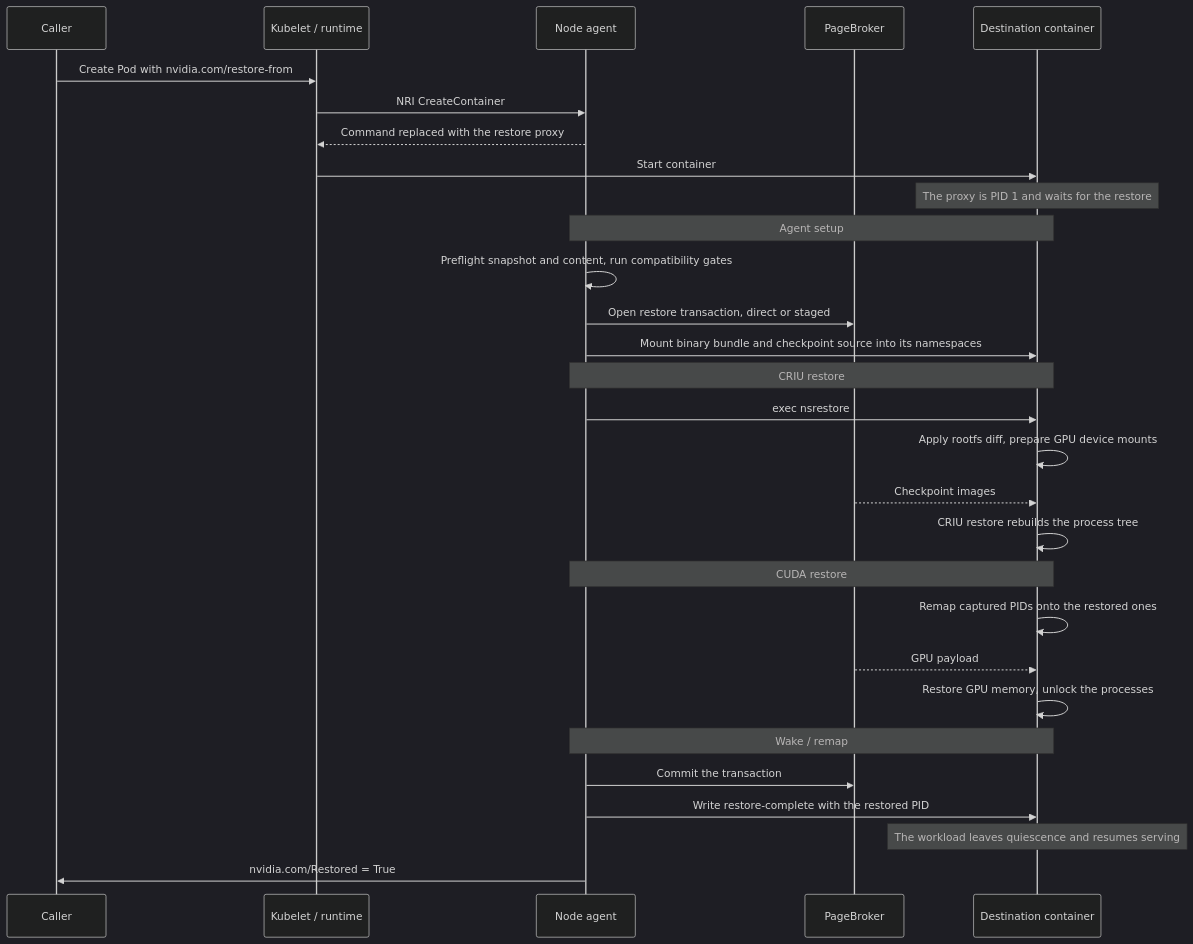
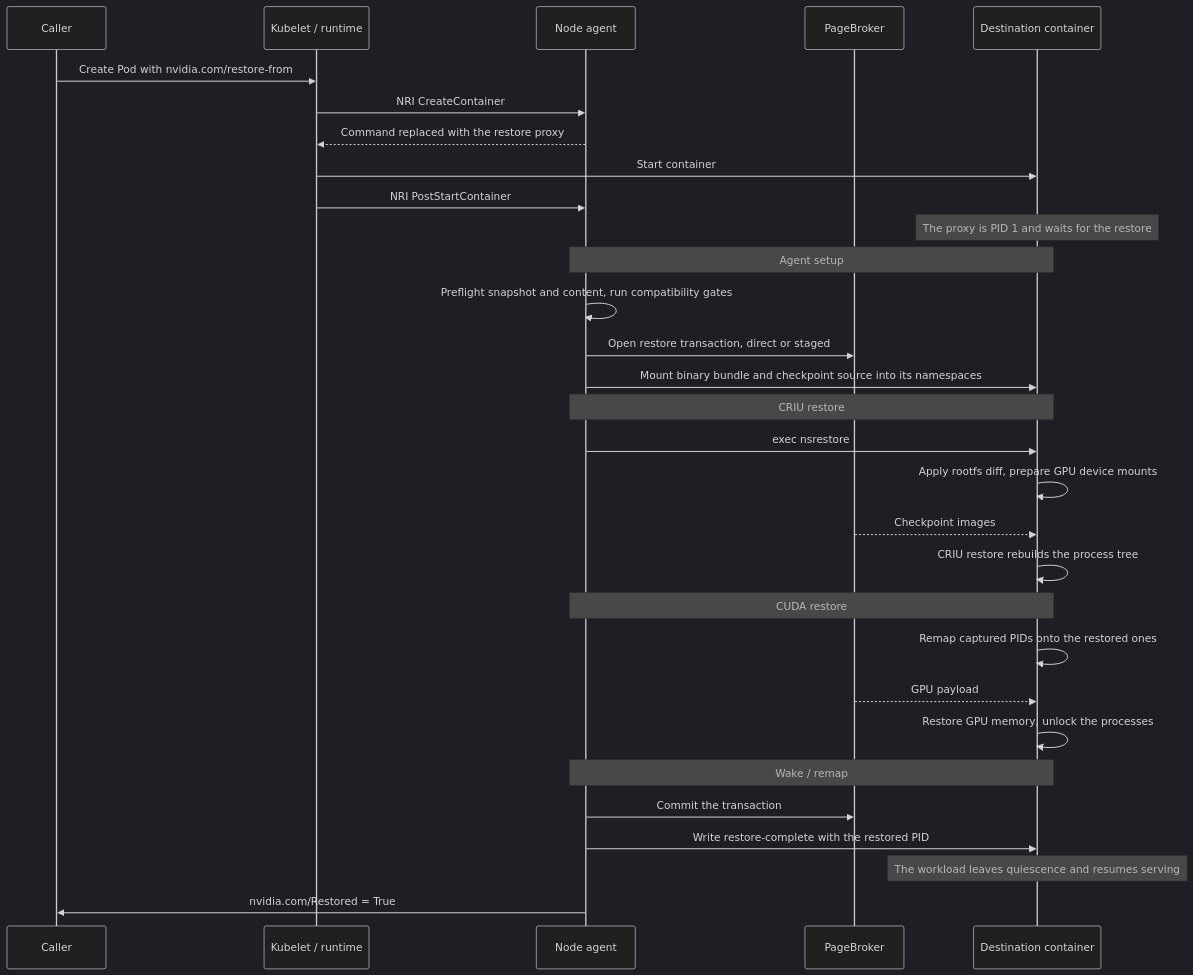
The third of 3 diagrams in docs/reference/architecture/README.md (ai-dynamo/snapshot), drawn with Mermaid (dark theme) before and after one commit. The commit also changed other lines of this file and 4 other files, not shown here.

First line of the commit message:
fix(agent): start restores when NRI reports the destination container

````diff
--- a/docs/reference/architecture/README.md
+++ b/docs/reference/architecture/README.md
@@ -169,31 +172,32 @@
 ```mermaid
 sequenceDiagram
     participant U as Caller
     participant K as Kubelet / runtime
     participant A as Node agent
     participant P as PageBroker
     participant D as Destination container
     U->>K: Create Pod with nvidia.com/restore-from
     K->>A: NRI CreateContainer
     A-->>K: Command replaced with the restore proxy
     K->>D: Start container
+    K->>A: NRI PostStartContainer
     Note over D: The proxy is PID 1 and waits for the restore
     Note over A,D: Agent setup
     A->>A: Preflight snapshot and content, run compatibility gates
     A->>P: Open restore transaction, direct or staged
     A->>D: Mount binary bundle and checkpoint source into its namespaces
     Note over A,D: CRIU restore
     A->>D: exec nsrestore
     D->>D: Apply rootfs diff, prepare GPU device mounts
     P-->>D: Checkpoint images
     D->>D: CRIU restore rebuilds the process tree
     Note over A,D: CUDA restore
     D->>D: Remap captured PIDs onto the restored ones
     P-->>D: GPU payload
     D->>D: Restore GPU memory, unlock the processes
     Note over A,D: Wake / remap
     A->>P: Commit the transaction
     A->>D: Write restore-complete with the restored PID
     Note over D: The workload leaves quiescence and resumes serving
     A->>U: nvidia.com/Restored = True
 ```
````
